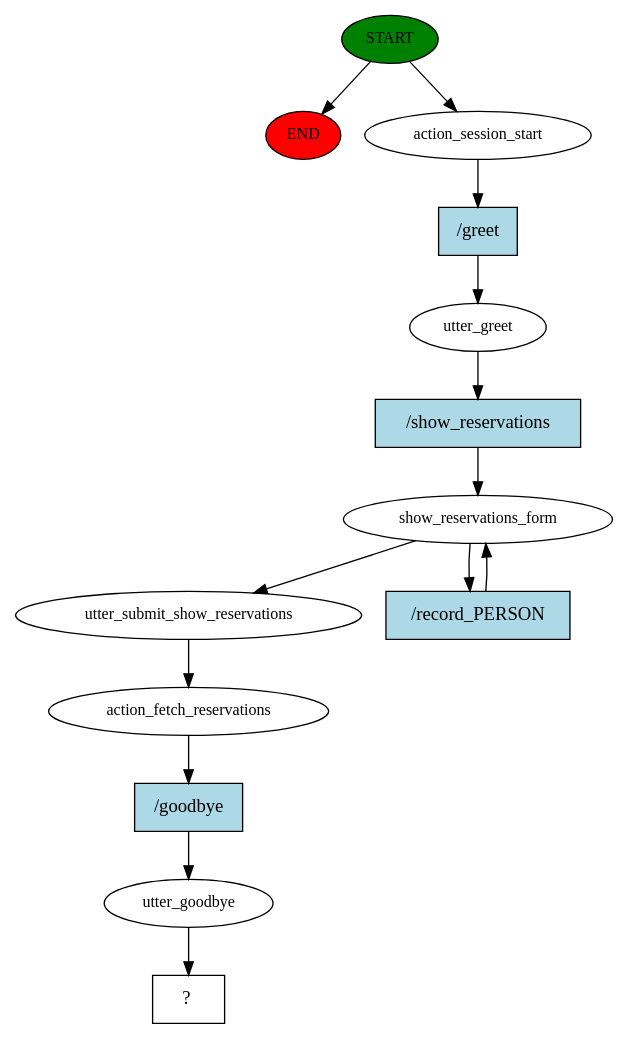
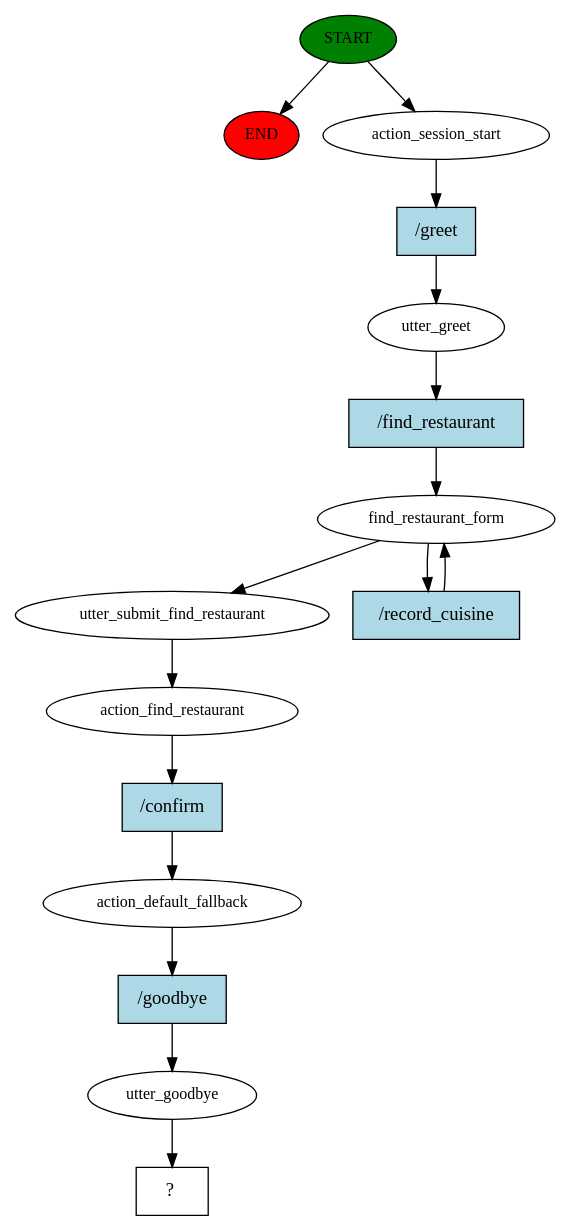
Before and after one commit to AsiaSzych/IU_Voice_Assistants: the diagram in rasa_chatbot/story_graph.dot, drawn with Graphviz. The commit also changed 6 other files, not shown here.

Commit message:
first attempt for building find_restaurant_form

```diff
--- a/rasa_chatbot/story_graph.dot
+++ b/rasa_chatbot/story_graph.dot
@@ -1,28 +1,32 @@
 digraph  {
 0 [class="start active", fillcolor=green, fontsize=12, label=START, style=filled];
 "-1" [class=end, fillcolor=red, fontsize=12, label=END, style=filled];
 1 [class=active, fontsize=12, label=action_session_start];
 2 [class=active, fontsize=12, label=utter_greet];
-3 [class=active, fontsize=12, label=show_reservations_form];
-5 [class=active, fontsize=12, label=utter_submit_show_reservations];
-6 [class=active, fontsize=12, label=action_fetch_reservations];
-7 [class=active, fontsize=12, label=utter_goodbye];
-8 [class="intent dashed active", label="  ?  ", shape=rect];
-9 [class="intent active", fillcolor=lightblue, label="/greet", shape=rect, style=filled];
-10 [class="intent active", fillcolor=lightblue, label="/show_reservations", shape=rect, style=filled];
-11 [class="intent active", fillcolor=lightblue, label="/record_PERSON", shape=rect, style=filled];
-12 [class="intent active", fillcolor=lightblue, label="/goodbye", shape=rect, style=filled];
+3 [class=active, fontsize=12, label=find_restaurant_form];
+5 [class=active, fontsize=12, label=utter_submit_find_restaurant];
+6 [class=active, fontsize=12, label=action_find_restaurant];
+7 [class=active, fontsize=12, label=action_default_fallback];
+8 [class=active, fontsize=12, label=utter_goodbye];
+9 [class="intent dashed active", label="  ?  ", shape=rect];
+10 [class="intent active", fillcolor=lightblue, label="/greet", shape=rect, style=filled];
+11 [class="intent active", fillcolor=lightblue, label="/find_restaurant", shape=rect, style=filled];
+12 [class="intent active", fillcolor=lightblue, label="/record_cuisine", shape=rect, style=filled];
+13 [class="intent active", fillcolor=lightblue, label="/confirm", shape=rect, style=filled];
+14 [class="intent active", fillcolor=lightblue, label="/goodbye", shape=rect, style=filled];
 0 -> "-1"  [class="", key=NONE, label=""];
 0 -> 1  [class=active, key=NONE, label=""];
-1 -> 9  [class=active, key=0];
-2 -> 10  [class=active, key=0];
+1 -> 10  [class=active, key=0];
+2 -> 11  [class=active, key=0];
 3 -> 5  [class=active, key=NONE, label=""];
-3 -> 11  [class=active, key=0];
+3 -> 12  [class=active, key=0];
 5 -> 6  [class=active, key=NONE, label=""];
-6 -> 12  [class=active, key=0];
-7 -> 8  [class=active, key=NONE, label=""];
-9 -> 2  [class=active, key=0];
-10 -> 3  [class=active, key=0];
+6 -> 13  [class=active, key=0];
+7 -> 14  [class=active, key=0];
+8 -> 9  [class=active, key=NONE, label=""];
+10 -> 2  [class=active, key=0];
 11 -> 3  [class=active, key=0];
-12 -> 7  [class=active, key=0];
+12 -> 3  [class=active, key=0];
+13 -> 7  [class=active, key=0];
+14 -> 8  [class=active, key=0];
 }
```
